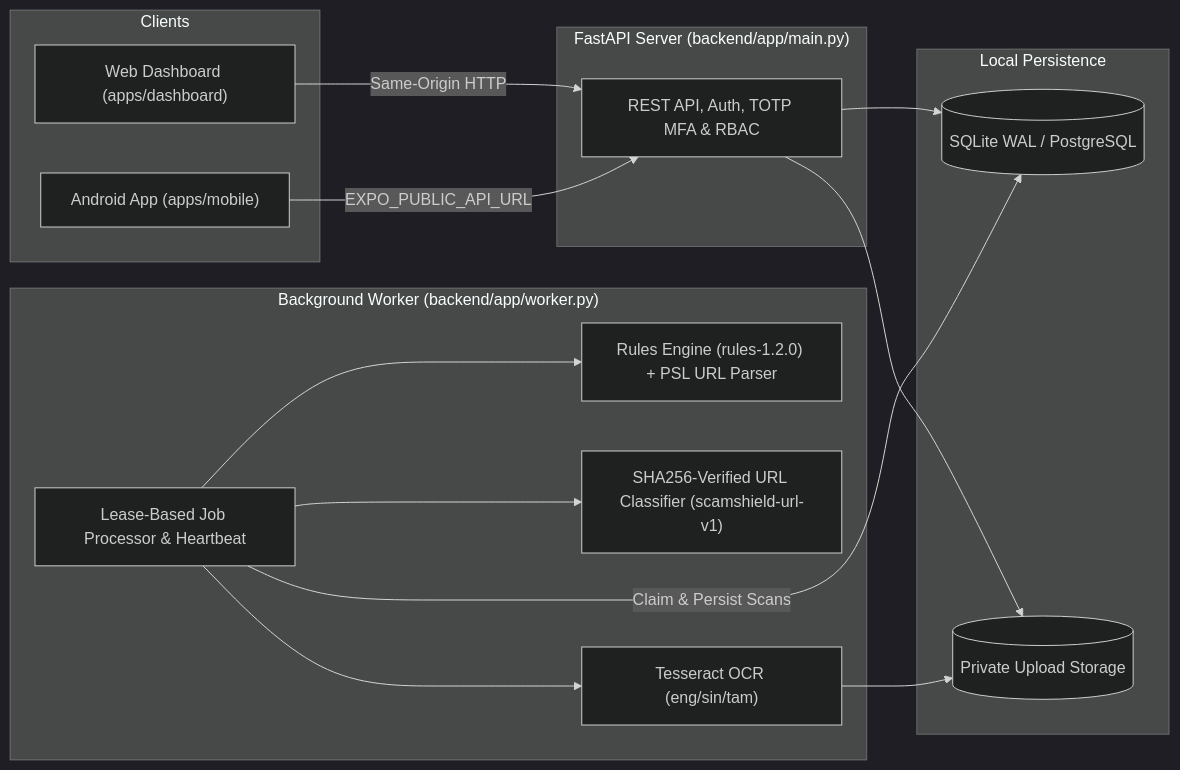
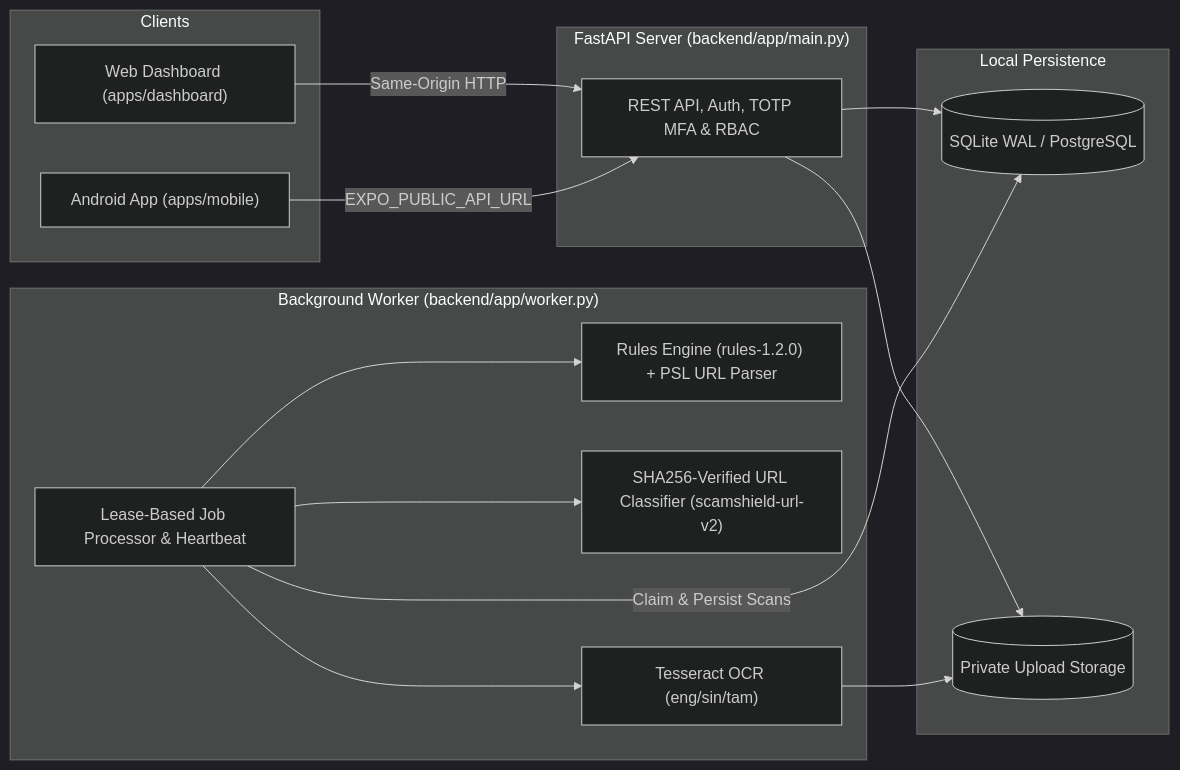
The diagram in README.md (HimashaSawani/ScamShield-AI), drawn with Mermaid (dark theme) before and after one commit. The commit also changed other lines of this file, not shown here.

Commit message:
docs: update README for verified v1.0 release with scamshield-url-v2 and honest ML evaluation

````diff
--- a/README.md
+++ b/README.md
@@ -22,33 +22,33 @@
 ```mermaid
 flowchart LR
     subgraph Clients["Clients"]
         Web["Web Dashboard (apps/dashboard)"]
         Mobile["Android App (apps/mobile)"]
     end
 
     subgraph Backend["FastAPI Server (backend/app/main.py)"]
         API["REST API, Auth, TOTP MFA & RBAC"]
     end
 
     subgraph Storage["Local Persistence"]
         DB[("SQLite WAL / PostgreSQL")]
         Files[("Private Upload Storage")]
     end
 
     subgraph Worker["Background Worker (backend/app/worker.py)"]
         Queue["Lease-Based Job Processor & Heartbeat"]
         Rules["Rules Engine (rules-1.2.0) + PSL URL Parser"]
-        ML["SHA256-Verified URL Classifier (scamshield-url-v1)"]
+        ML["SHA256-Verified URL Classifier (scamshield-url-v2)"]
         OCR["Tesseract OCR (eng/sin/tam)"]
     end
 
     Web -->|Same-Origin HTTP| API
     Mobile -->|EXPO_PUBLIC_API_URL| API
     API --> DB
     API --> Files
     Queue -->|Claim & Persist Scans| DB
     Queue --> Rules
     Queue --> ML
     Queue --> OCR
     OCR --> Files
 ```
````
